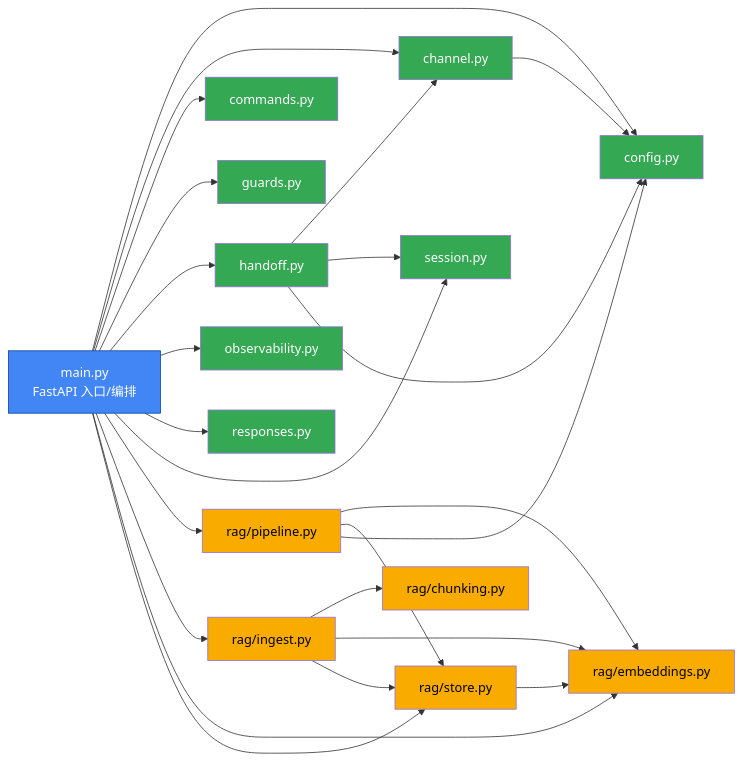
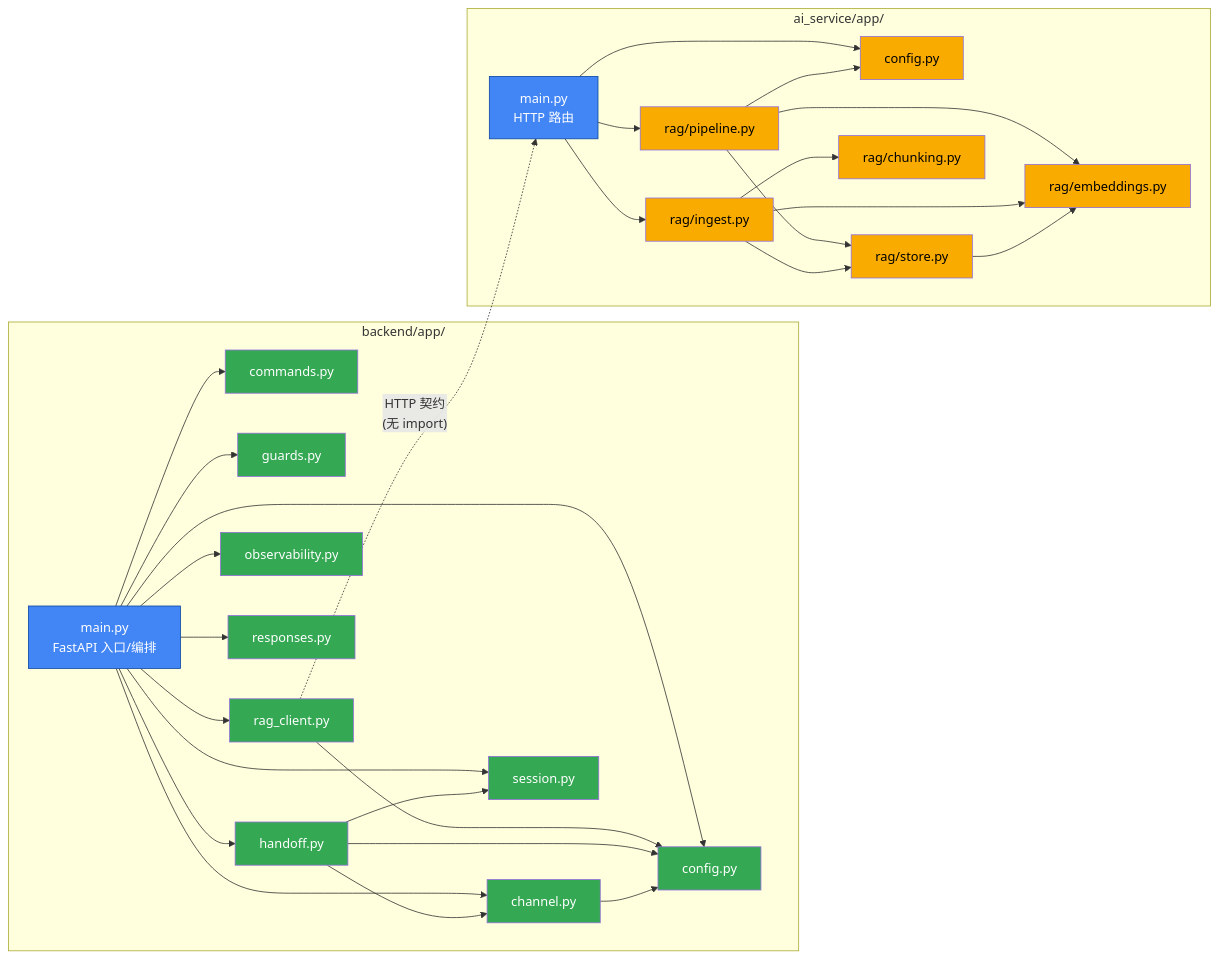
One commit to xiaozhao0309/whatsAppAgent changed the third of 6 diagrams in docs/架构图.md. Above: the diagram before and after it, drawn with Mermaid. The commit also changed other lines of this file and 4 other files, not shown here.

First line of the commit message:
docs: align documentation with two-service (backend + ai_service) architecture

````diff
--- a/docs/架构图.md
+++ b/docs/架构图.md
@@ -163,50 +184,61 @@
 ```mermaid
 graph LR
-    main["main.py<br/>FastAPI 入口/编排"]
-    config["config.py"]
-    channel["channel.py"]
-    commands["commands.py"]
-    guards["guards.py"]
-    handoff["handoff.py"]
-    observability["observability.py"]
-    responses["responses.py"]
-    session["session.py"]
+    subgraph BACKEND_MODS["backend/app/"]
+        bmain["main.py<br/>FastAPI 入口/编排"]
+        bconfig["config.py"]
+        bchannel["channel.py"]
+        bcommands["commands.py"]
+        bguards["guards.py"]
+        bhandoff["handoff.py"]
+        bobs["observability.py"]
+        bresp["responses.py"]
+        bsession["session.py"]
+        bclient["rag_client.py"]
+    end
 
-    pipeline["rag/pipeline.py"]
-    embeddings["rag/embeddings.py"]
-    store["rag/store.py"]
-    chunking["rag/chunking.py"]
-    ingest["rag/ingest.py"]
+    subgraph AI_MODS["ai_service/app/"]
+        amain["main.py<br/>HTTP 路由"]
+        aconfig["config.py"]
+        pipeline["rag/pipeline.py"]
+        embeddings["rag/embeddings.py"]
+        store["rag/store.py"]
+        chunking["rag/chunking.py"]
+        ingest["rag/ingest.py"]
+    end
 
-    main --> config
-    main --> channel
-    main --> commands
-    main --> guards
-    main --> handoff
-    main --> observability
-    main --> responses
-    main --> session
-    main --> pipeline
-    main --> ingest
-    main --> embeddings
-    main --> store
+    bmain --> bconfig
+    bmain --> bchannel
+    bmain --> bcommands
+    bmain --> bguards
+    bmain --> bhandoff
+    bmain --> bobs
+    bmain --> bresp
+    bmain --> bsession
+    bmain --> bclient
+    bclient --> bconfig
 
-    handoff --> channel
-    handoff --> session
-    handoff --> config
-    channel --> config
+    bhandoff --> bchannel
+    bhandoff --> bsession
+    bhandoff --> bconfig
+    bchannel --> bconfig
+
+    bclient -.->|"HTTP 契约<br/>(无 import)"| amain
+
+    amain --> pipeline
+    amain --> ingest
+    amain --> aconfig
     pipeline --> embeddings
     pipeline --> store
-    pipeline --> config
+    pipeline --> aconfig
     ingest --> chunking
     ingest --> embeddings
     ingest --> store
     store --> embeddings
 
     classDef entry fill:#4285f4,color:#fff,stroke:#0d47a1
-    classDef appmod fill:#34a853,color:#fff
-    classDef ragmod fill:#f9ab00,color:#000
-    class main entry
-    class config,channel,commands,guards,handoff,observability,responses,session appmod
-    class pipeline,embeddings,store,chunking,ingest ragmod
+    classDef bemod fill:#34a853,color:#fff
+    classDef aimod fill:#f9ab00,color:#000
+    class bmain,amain entry
+    class bconfig,bchannel,bcommands,bguards,bhandoff,bobs,bresp,bsession,bclient bemod
+    class aconfig,pipeline,embeddings,store,chunking,ingest aimod
 ```
````
